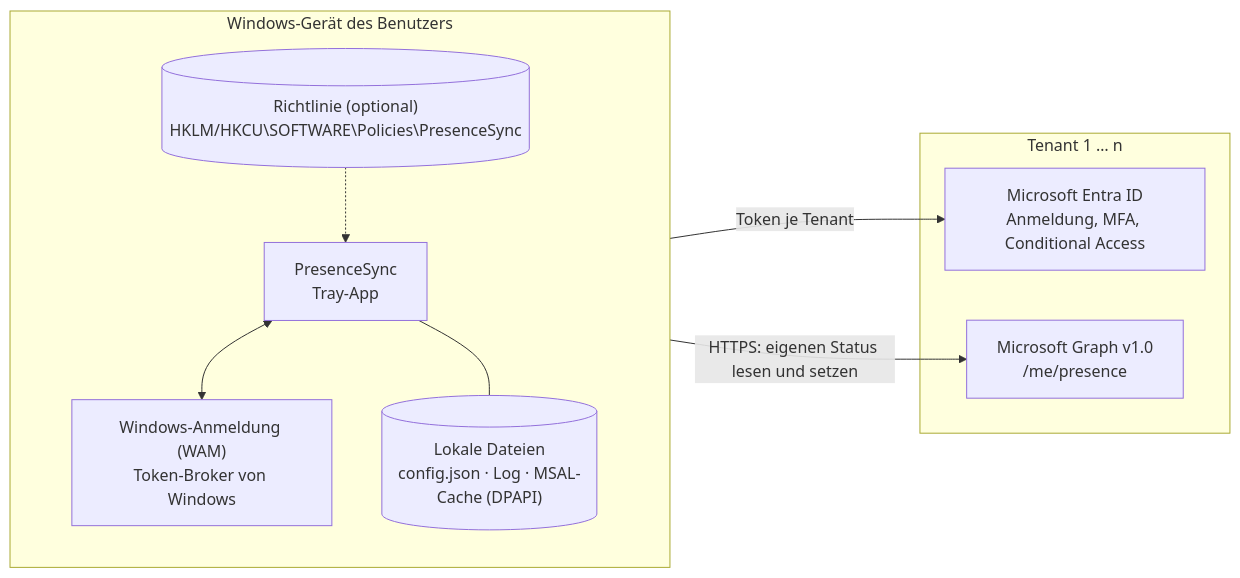
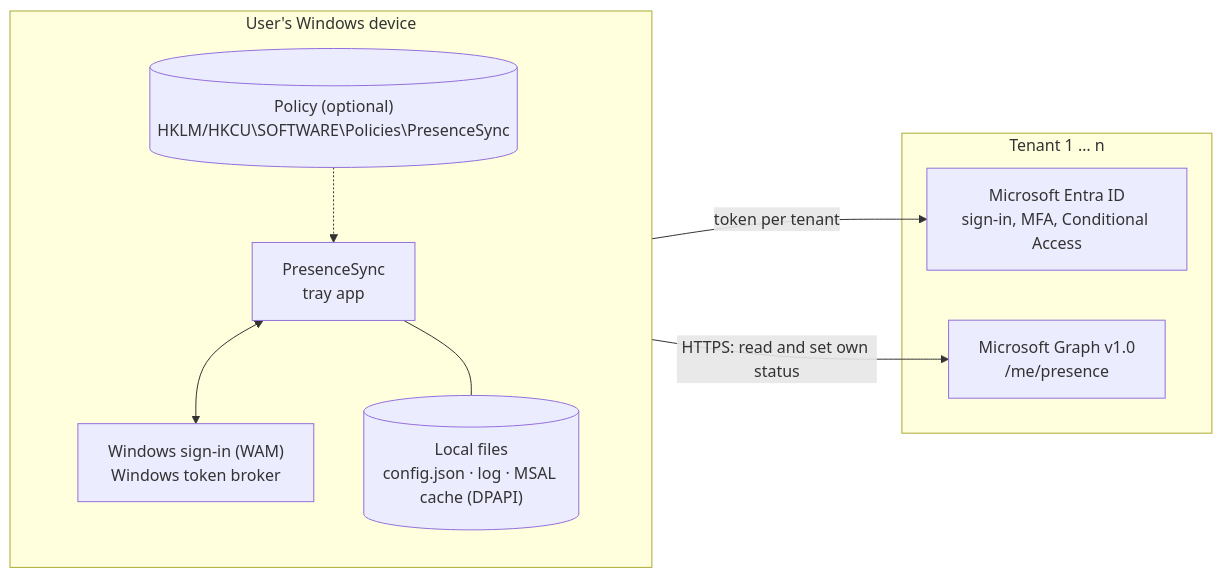
The first of 2 diagrams in docs/architecture.md (Lars-Level21/presencesync), drawn with Mermaid before and after one commit. The commit also changed other lines of this file and 43 other files, not shown here.

````diff
--- a/docs/architecture.md
+++ b/docs/architecture.md
@@ -9,21 +9,21 @@
 ```mermaid
 flowchart LR
-    subgraph PC["Windows-Gerät des Benutzers"]
+    subgraph PC["User's Windows device"]
         direction TB
-        UI["PresenceSync<br/>Tray-App"]
-        WAM["Windows-Anmeldung (WAM)<br/>Token-Broker von Windows"]
-        LOCAL[("Lokale Dateien<br/>config.json · Log · MSAL-Cache (DPAPI)")]
-        POL[("Richtlinie (optional)<br/>HKLM/HKCU\SOFTWARE\Policies\PresenceSync")]
+        UI["PresenceSync<br/>tray app"]
+        WAM["Windows sign-in (WAM)<br/>Windows token broker"]
+        LOCAL[("Local files<br/>config.json · log · MSAL cache (DPAPI)")]
+        POL[("Policy (optional)<br/>HKLM/HKCU\SOFTWARE\Policies\PresenceSync")]
         UI <--> WAM
         UI --- LOCAL
         POL -.-> UI
     end
 
     subgraph T1["Tenant 1 … n"]
-        ENTRA["Microsoft Entra ID<br/>Anmeldung, MFA, Conditional Access"]
+        ENTRA["Microsoft Entra ID<br/>sign-in, MFA, Conditional Access"]
         GRAPH["Microsoft Graph v1.0<br/>/me/presence"]
     end
 
-    WAM -- "Token je Tenant" --> ENTRA
-    UI -- "HTTPS: eigenen Status lesen und setzen" --> GRAPH
+    WAM -- "token per tenant" --> ENTRA
+    UI -- "HTTPS: read and set own status" --> GRAPH
 ```
````
